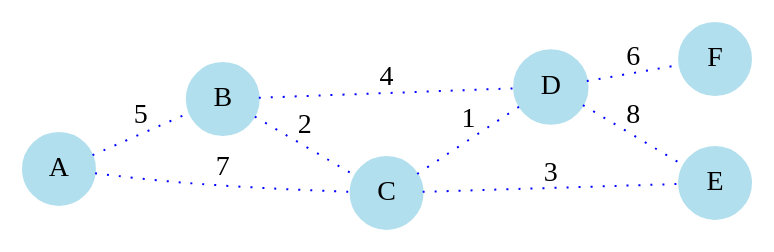
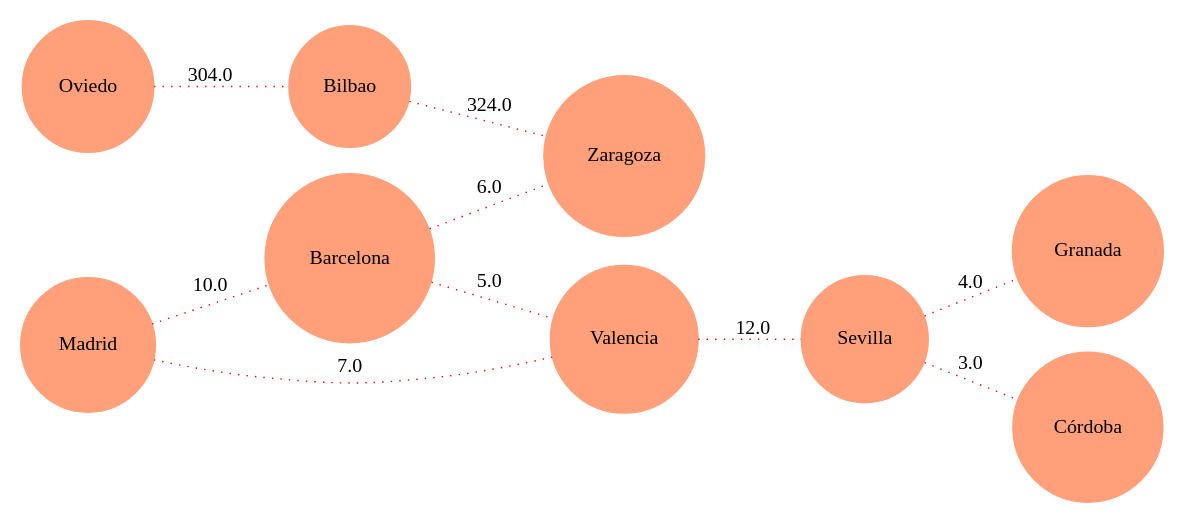
One commit to Ennero/EDD_Proyecto2_Vacas2_202302220 changed the diagram in Rutas.gv. Above: the diagram before and after it, drawn with Graphviz. The commit also changed 5 other files, not shown here.

```diff
--- a/Rutas.gv
+++ b/Rutas.gv
@@ -1,19 +1,22 @@
 digraph Grafo {
-	node [color=lightblue2 style=filled]
-	edge [color=blue style=dotted]
+	node [color=lightsalmon style=filled]
+	edge [color=red style=dotted]
 	rankdir=LR size="8,5"
 	node [shape=circle]
 	edge [dir=none]
-	A
-	A -> B [label=5]
-	A -> C [label=7]
-	B
-	B -> C [label=2]
-	B -> D [label=4]
-	C
-	C -> D [label=1]
-	C -> E [label=3]
-	D
-	D -> E [label=8]
-	D -> F [label=6]
+	"Oviedo "
+	"Oviedo " -> "Bilbao " [label=304.0]
+	"Bilbao "
+	"Bilbao " -> "Zaragoza " [label=324.0]
+	"Madrid "
+	"Madrid " -> "Barcelona " [label=10.0]
+	"Madrid " -> "Valencia " [label=7.0]
+	"Barcelona "
+	"Barcelona " -> "Valencia " [label=5.0]
+	"Barcelona " -> "Zaragoza " [label=6.0]
+	"Valencia "
+	"Valencia " -> "Sevilla " [label=12.0]
+	"Sevilla "
+	"Sevilla " -> "Granada " [label=4.0]
+	"Sevilla " -> "Córdoba " [label=3.0]
 }
```
